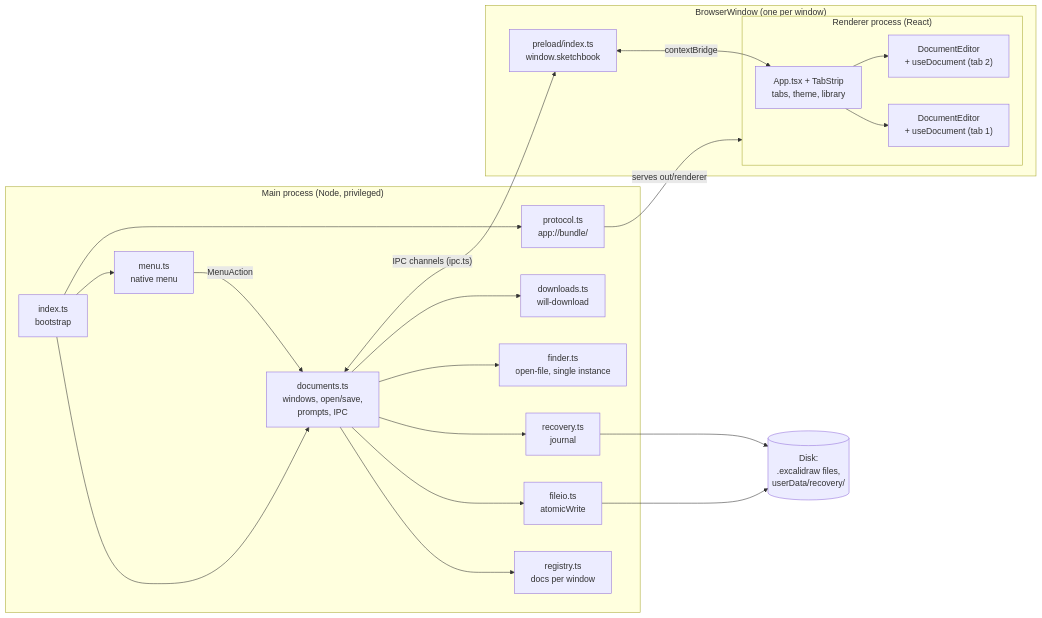
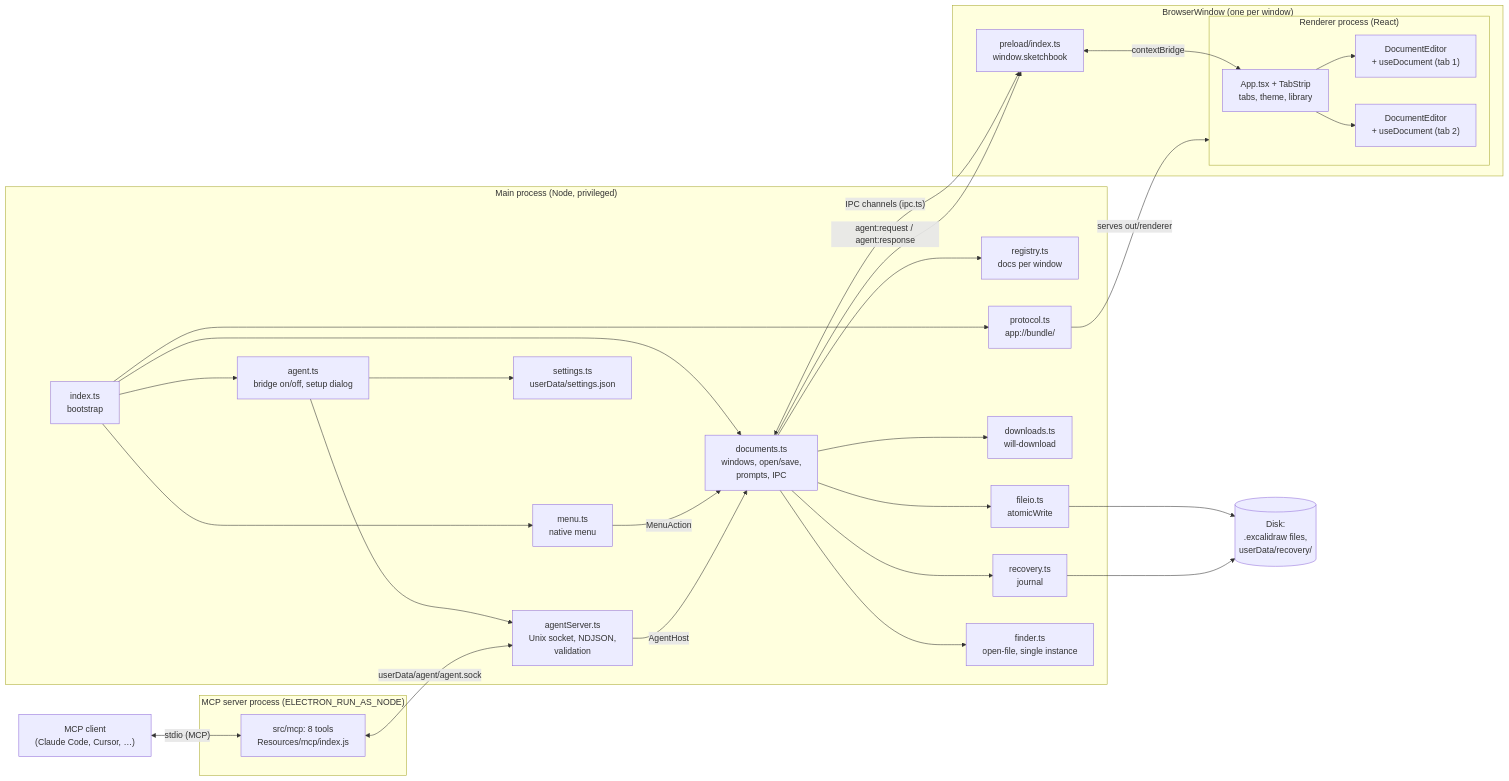
One commit to 3333444n/sketchbook changed the first of 8 diagrams in docs/architecture.md. Above: the diagram before and after it, drawn with Mermaid. The commit also changed other lines of this file and 13 other files, not shown here.

Commit message:
docs(agent): agent bridge guide, ADR 0009 and doc updates

````diff
--- a/docs/architecture.md
+++ b/docs/architecture.md
@@ -9,42 +9,57 @@
 ```mermaid
 flowchart LR
   subgraph Main["Main process (Node, privileged)"]
     idx["index.ts<br/>bootstrap"]
     docs["documents.ts<br/>windows, open/save,<br/>prompts, IPC"]
     reg["registry.ts<br/>docs per window"]
     menu["menu.ts<br/>native menu"]
     proto["protocol.ts<br/>app://bundle/"]
     dl["downloads.ts<br/>will-download"]
     fio["fileio.ts<br/>atomicWrite"]
     rec["recovery.ts<br/>journal"]
     finder["finder.ts<br/>open-file, single instance"]
+    agent["agent.ts<br/>bridge on/off, setup dialog"]
+    asrv["agentServer.ts<br/>Unix socket, NDJSON,<br/>validation"]
+    settings["settings.ts<br/>userData/settings.json"]
   end
+
+  subgraph MCP["MCP server process (ELECTRON_RUN_AS_NODE)"]
+    mcp["src/mcp: 8 tools<br/>Resources/mcp/index.js"]
+  end
+  client["MCP client<br/>(Claude Code, Cursor, …)"]
 
   subgraph Win["BrowserWindow (one per window)"]
     pre["preload/index.ts<br/>window.sketchbook"]
     subgraph R["Renderer process (React)"]
       app["App.tsx + TabStrip<br/>tabs, theme, library"]
       ed1["DocumentEditor<br/>+ useDocument (tab 1)"]
       ed2["DocumentEditor<br/>+ useDocument (tab 2)"]
     end
   end
 
   disk[("Disk:<br/>.excalidraw files,<br/>userData/recovery/")]
 
   idx --> docs
   idx --> menu
   idx --> proto
   docs --> reg
   docs --> fio
   docs --> rec
   docs --> finder
   docs --> dl
   menu -->|"MenuAction"| docs
   docs <-->|"IPC channels (ipc.ts)"| pre
   pre <-->|"contextBridge"| app
   app --> ed1
   app --> ed2
   fio --> disk
   rec --> disk
   proto -->|"serves out/renderer"| R
+  idx --> agent
+  agent --> asrv
+  agent --> settings
+  asrv -->|"AgentHost"| docs
+  docs -->|"agent:request / agent:response"| pre
+  client <-->|"stdio (MCP)"| mcp
+  mcp <-->|"userData/agent/agent.sock"| asrv
 ```
````
